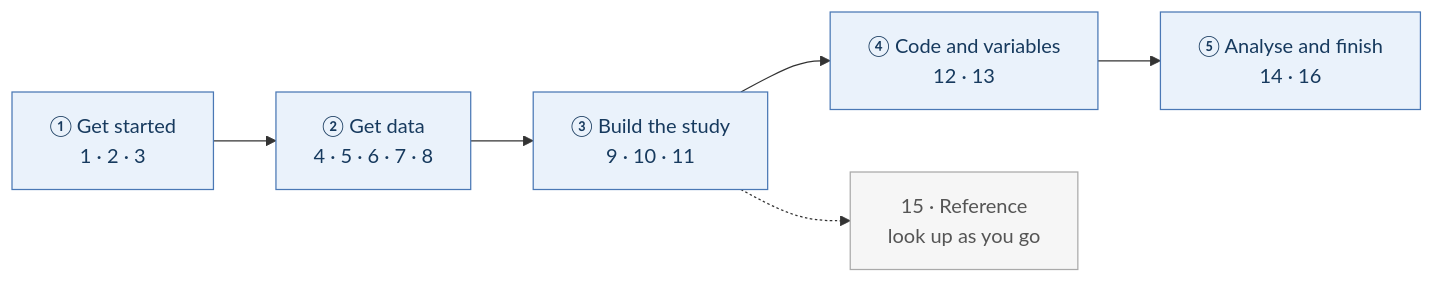
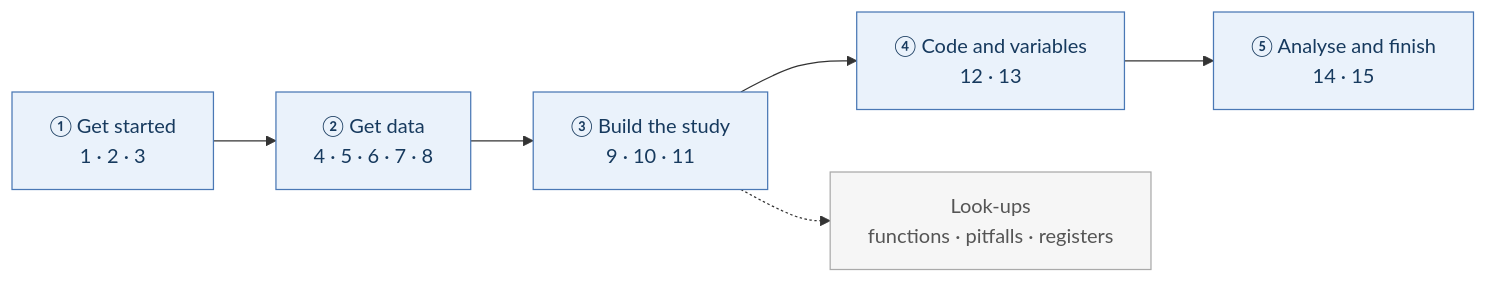
One commit to steno-aarhus/registers-guide changed the diagram in docs/en/index.qmd. Above: the diagram before and after it, drawn with Mermaid. The commit also changed other lines of this file and 46 other files, not shown here.

````diff
--- a/docs/en/index.qmd
+++ b/docs/en/index.qmd
@@ -55,9 +55,9 @@
 ```{mermaid}
 flowchart LR
-    S1["①  Get started<br>1 · 2 · 3"] --> S2["②  Get data<br>4 · 5 · 6 · 7 · 8"] --> S3["③  Build the study<br>9 · 10 · 11"] --> S4["④  Code and variables<br>12 · 13"] --> S5["⑤  Analyse and finish<br>14 · 16"]
-    S3 -.-> R15["15 · Reference<br>look up as you go"]
+    S1["①  Get started<br>1 · 2 · 3"] --> S2["②  Get data<br>4 · 5 · 6 · 7 · 8"] --> S3["③  Build the study<br>9 · 10 · 11"] --> S4["④  Code and variables<br>12 · 13"] --> S5["⑤  Analyse and finish<br>14 · 15"]
+    S3 -.-> R15["Look-ups<br>functions · pitfalls · registers"]
     classDef stage fill:#eaf2fb,stroke:#4a78b5,stroke-width:1px,color:#173a5e;
     classDef ref fill:#f6f6f6,stroke:#aaaaaa,color:#555555;
     class S1,S2,S3,S4,S5 stage
     class R15 ref
 ```
````
